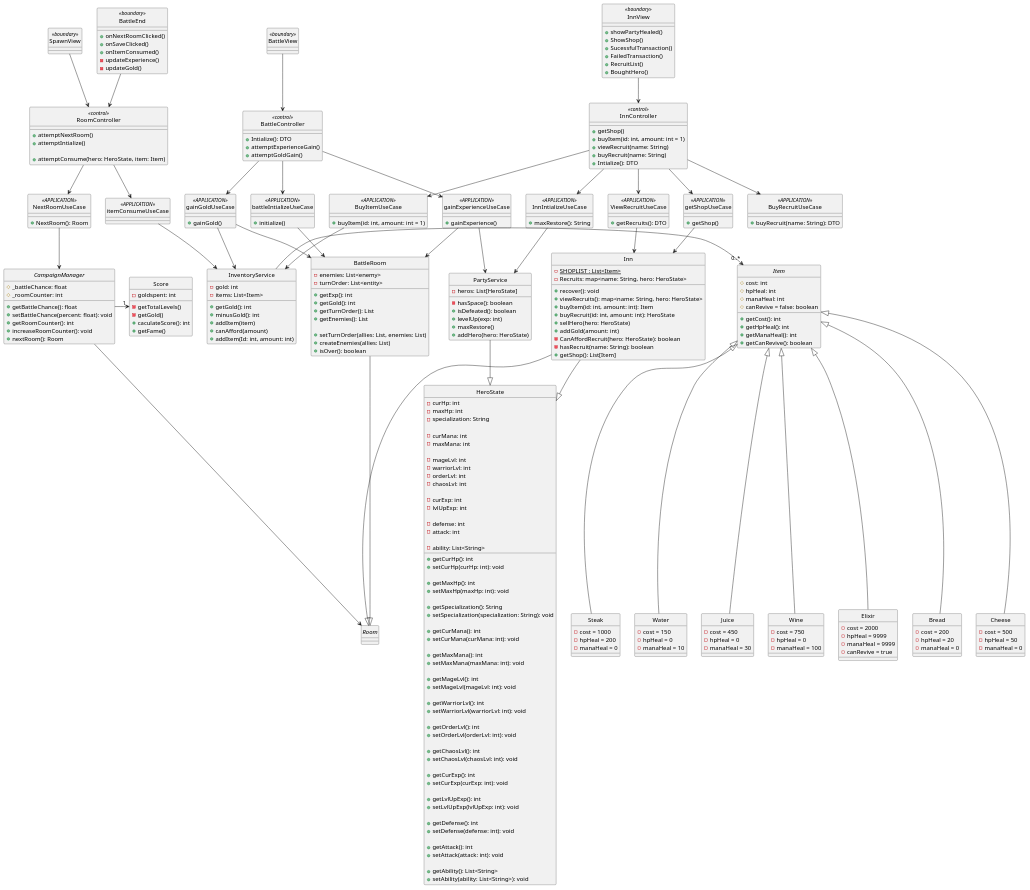
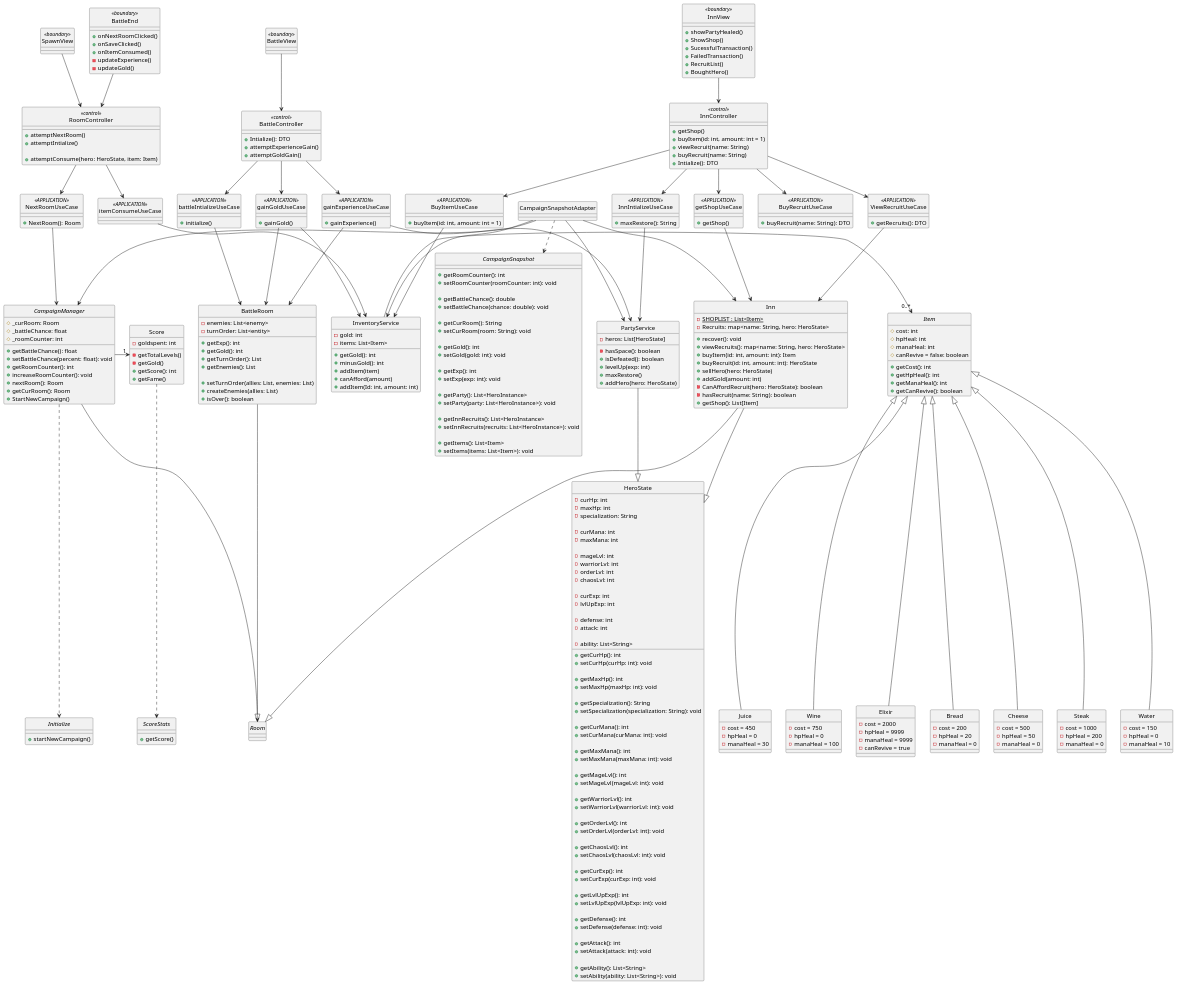
Before and after one commit to JosefG50/2203-Legends-of-Sword-and-Wand: the diagram in rpg-legends/campaign-progression/docs/uml/services/class/inn.puml, drawn with PlantUML.

Commit message:
[feat] impl of public interfaces for other domains to access

```diff
--- a/rpg-legends/campaign-progression/docs/uml/services/class/inn.puml
+++ b/rpg-legends/campaign-progression/docs/uml/services/class/inn.puml
@@ -132,10 +132,11 @@
     - goldspent: int 
     - getTotalLevels()
     - getGold()
-    + caculateScore(): int
+    + getScore(): int
     + getFame() 
 }
 abstract class CampaignManager{
+    #_curRoom: Room
     #_battleChance: float
     #_roomCounter: int
     + getBattleChance(): float
@@ -143,9 +144,12 @@
     + getRoomCounter(): int
     + increaseRoomCounter(): void
     + nextRoom(): Room
+    + getCurRoom(): Room
+    + StartNewCampaign()
 }
-
-
+ interface Initialize{
+        + startNewCampaign()
+    }
 interface Room{
 
 }
@@ -259,8 +263,37 @@
     - canRevive = true
 }
 
+interface ScoreStats{
+        + getScore()
+    }
+ interface CampaignSnapshot {
+        + getRoomCounter(): int
+        + setRoomCounter(roomCounter: int): void
 
+        + getBattleChance(): double
+        + setBattleChance(chance: double): void
 
+        + getCurRoom(): String
+        + setCurRoom(room: String): void
+
+        + getGold(): int
+        + setGold(gold: int): void
+
+        + getExp(): int
+        + setExp(exp: int): void
+
+        + getParty(): List<HeroInstance>
+        + setParty(party: List<HeroInstance>): void
+
+        + getInnRecruits(): List<HeroInstance>
+        + setInnRecruits(recruits: List<HeroInstance>): void
+
+        + getItems(): List<Item>
+        + setItems(items: List<Item>): void
+    }
+class CampaignSnapshotAdapter{
+
+}
 SpawnView -->  RoomController
 BattleEnd -->  RoomController
 InnView -->  InnController
@@ -289,6 +322,14 @@
 gainGoldUseCase --> InventoryService
 gainExperienceUseCase --> BattleRoom
 gainGoldUseCase --> BattleRoom
+
+CampaignSnapshotAdapter --> Inn
+CampaignSnapshotAdapter --> CampaignManager
+CampaignSnapshotAdapter --> PartyService 
+CampaignSnapshotAdapter --> InventoryService
+CampaignSnapshotAdapter ..> CampaignSnapshot
+Score ..> ScoreStats
+CampaignManager ..> Initialize 
 
 NextRoomUseCase -->  CampaignManager
 itemConsumeUseCase --> InventoryService
```
